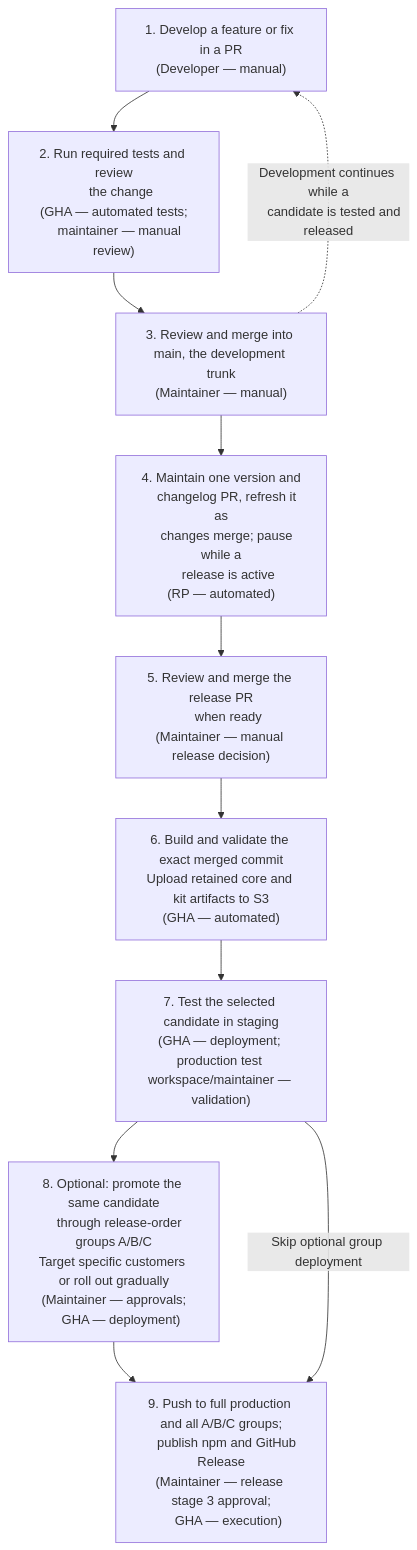
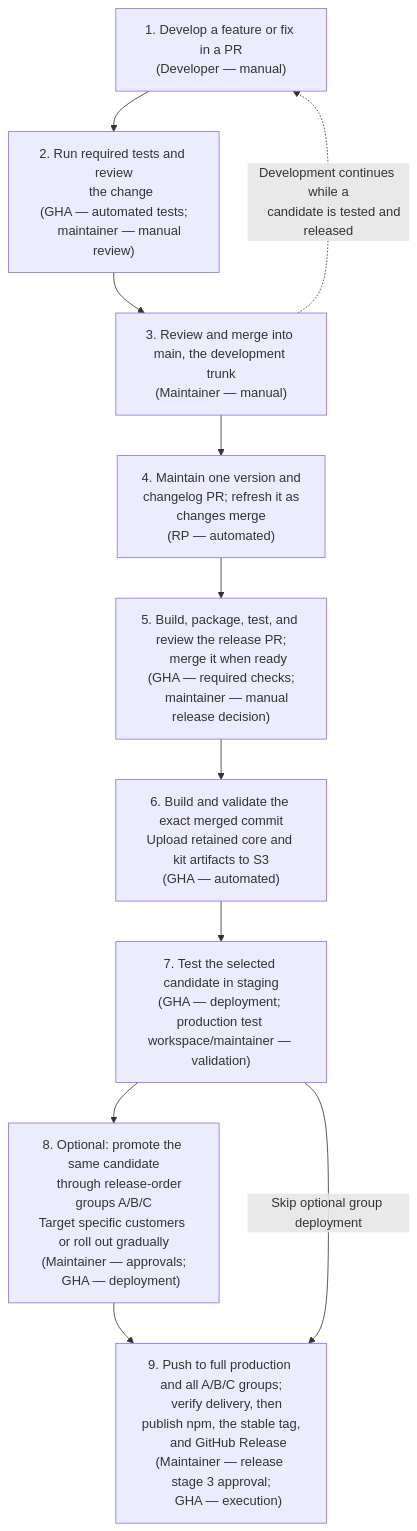
One commit to mParticle/mparticle-web-sdk changed the first of 4 diagrams in v3-trunk-release-flow.md. Above: the diagram before and after it, drawn with Mermaid. The commit also changed other lines of this file, not shown here.

First line of the commit message:
docs(release): clarify v3 trunk release lifecycle

````diff
--- a/v3-trunk-release-flow.md
+++ b/v3-trunk-release-flow.md
@@ -52,24 +52,25 @@
 ```mermaid
 flowchart TD
     A["1. Develop a feature or fix in a PR<br/>(Developer — manual)"] --> B["2. Run required tests and review
     the change<br/>(GHA — automated tests;
     maintainer — manual review)"]
     B --> C["3. Review and merge into main, the development trunk<br/>(Maintainer — manual)"]
     C --> D["4. Maintain one version and
-    changelog PR, refresh it as
-    changes merge; pause while a
-    release is active<br/>(RP — automated)"]
-    D --> E["5. Review and merge the release PR
-    when ready<br/>(Maintainer — manual release decision)"]
+    changelog PR; refresh it as
+    changes merge<br/>(RP — automated)"]
+    D --> E["5. Build, package, test, and review the release PR;
+    merge it when ready<br/>(GHA — required checks;
+    maintainer — manual release decision)"]
     E --> F["6. Build and validate the exact merged commit<br/>Upload retained core and kit artifacts to S3<br/>(GHA — automated)"]
     F --> G["7. Test the selected candidate in staging<br/>(GHA — deployment; production test workspace/maintainer — validation)"]
     G --> H["8. Optional: promote the same candidate
     through release-order groups A/B/C<br/>Target specific customers or roll out gradually<br/>(Maintainer — approvals;
     GHA — deployment)"]
     H --> I["9. Push to full production and all A/B/C groups;
-    publish npm and GitHub Release<br/>(Maintainer — release stage 3 approval;
+    verify delivery, then publish npm, the stable tag,
+    and GitHub Release<br/>(Maintainer — release stage 3 approval;
     GHA — execution)"]
     G -- "Skip optional group deployment" --> I
     C -. "Development continues while a
     candidate is tested and released" .-> A
 ```
````
